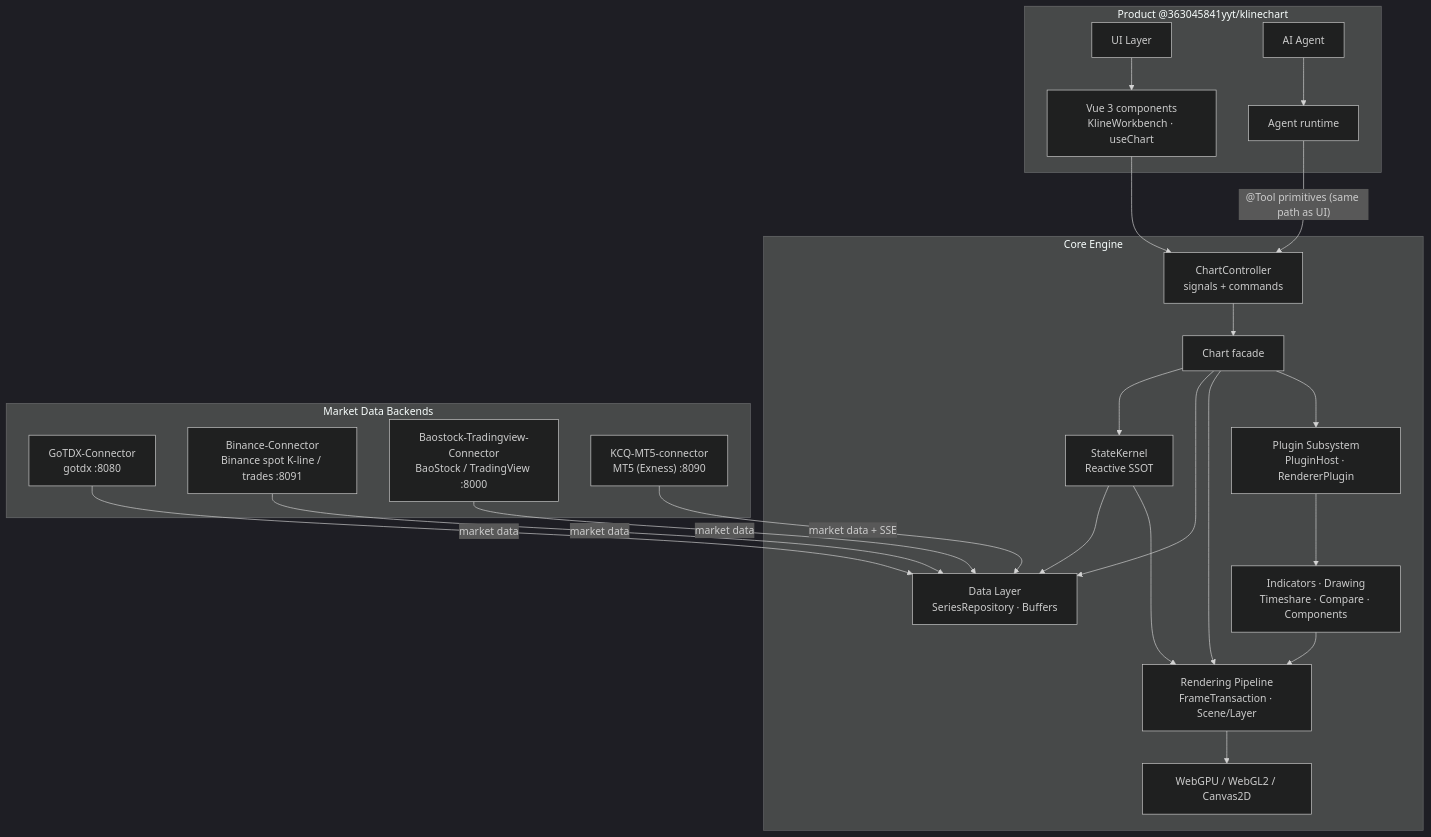
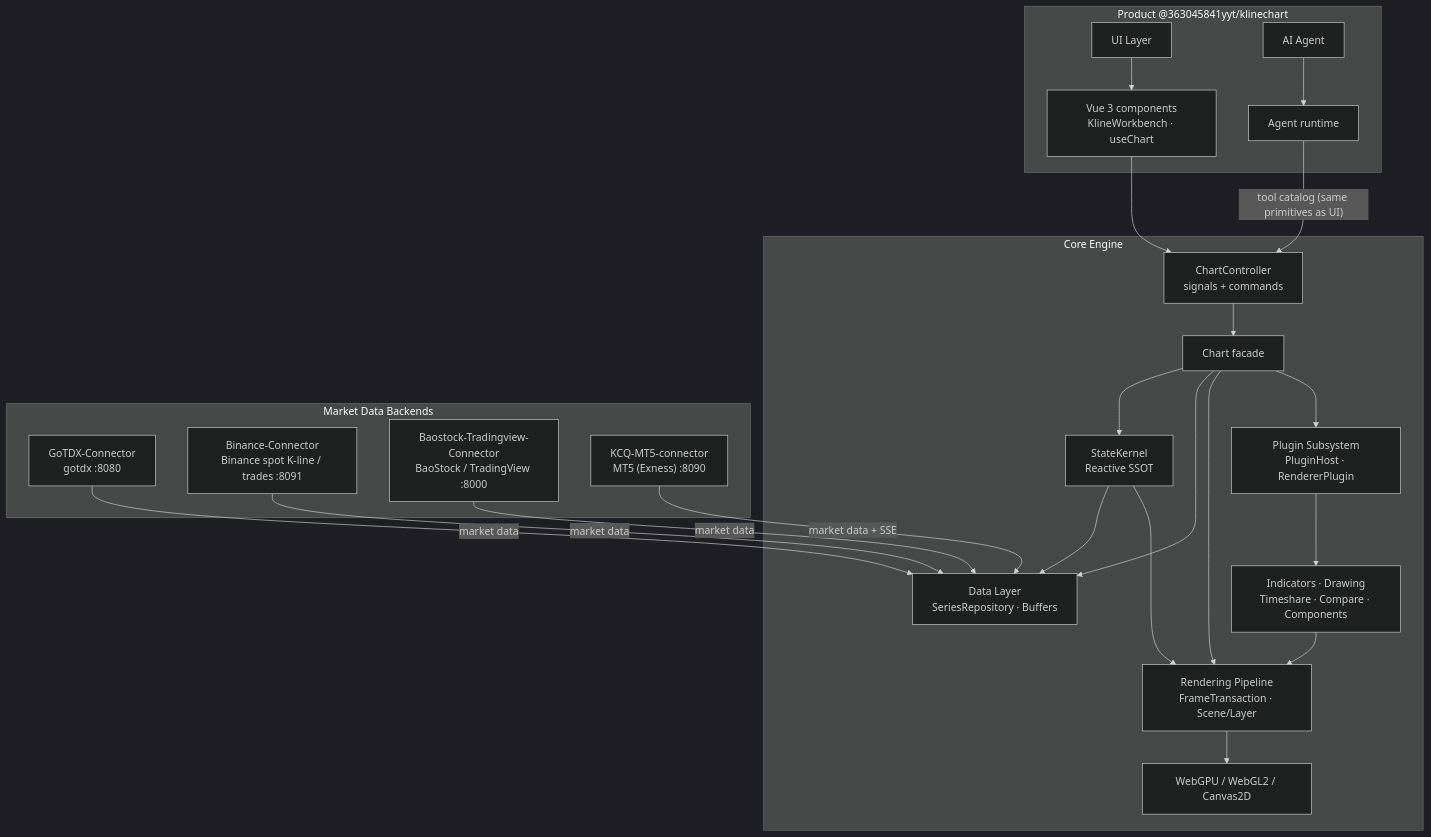
The diagram in README.md (363045841/KLineChartQuant), drawn with Mermaid (dark theme) before and after one commit. The commit also changed other lines of this file and 252 other files, not shown here.

````diff
--- a/README.md
+++ b/README.md
@@ -82,46 +82,46 @@
 ```mermaid
 flowchart TB
     subgraph app["Product @363045841yyt/klinechart"]
         UI["UI Layer"]
         VuePkg["Vue 3 components<br/>KlineWorkbench · useChart"]
         Agent["AI Agent"]
         AgentRt["Agent runtime"]
     end
 
     subgraph core["Core Engine"]
         Ctl["ChartController<br/>signals + commands"]
         Chart["Chart facade"]
         Kernel["StateKernel<br/>Reactive SSOT"]
         Data["Data Layer<br/>SeriesRepository · Buffers"]
         Pipe["Rendering Pipeline<br/>FrameTransaction · Scene/Layer"]
         GPU["WebGPU / WebGL2 / Canvas2D"]
         Plugin["Plugin Subsystem<br/>PluginHost · RendererPlugin"]
         Biz["Indicators · Drawing<br/>Timeshare · Compare · Components"]
     end
 
     subgraph conn["Market Data Backends"]
         Go["GoTDX-Connector<br/>gotdx :8080"]
         Bn["Binance-Connector<br/>Binance spot K-line / trades :8091"]
         Bs["Baostock-Tradingview-Connector<br/>BaoStock / TradingView :8000"]
         Mt["KCQ-MT5-connector<br/>MT5 (Exness) :8090"]
     end
 
     UI --> VuePkg
     Agent --> AgentRt
     VuePkg --> Ctl
-    AgentRt -->|"@Tool primitives (same path as UI)"| Ctl
+    AgentRt -->|"tool catalog (same primitives as UI)"| Ctl
     Ctl --> Chart
     Chart --> Kernel
     Chart --> Data
     Chart --> Pipe
     Chart --> Plugin
     Plugin --> Biz
     Biz --> Pipe
     Pipe --> GPU
     Go -->|market data| Data
     Bn -->|market data| Data
     Bs -->|market data| Data
     Mt -->|"market data + SSE"| Data
     Kernel --> Data
     Kernel --> Pipe
 ```
````
